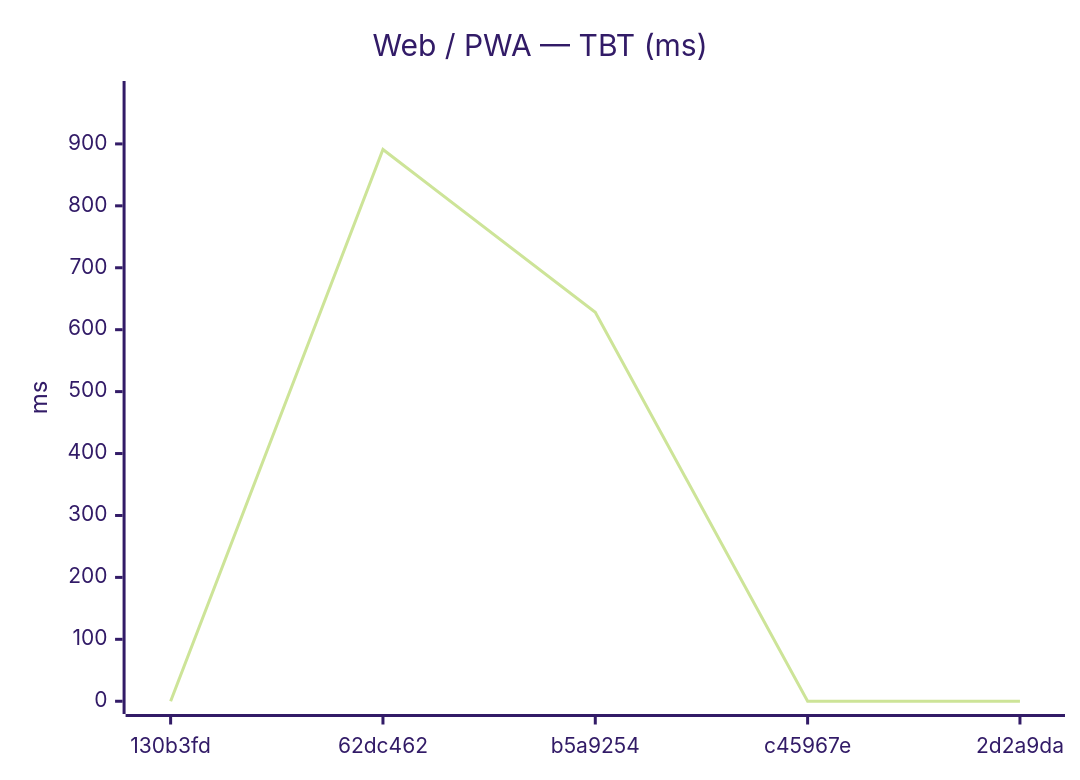
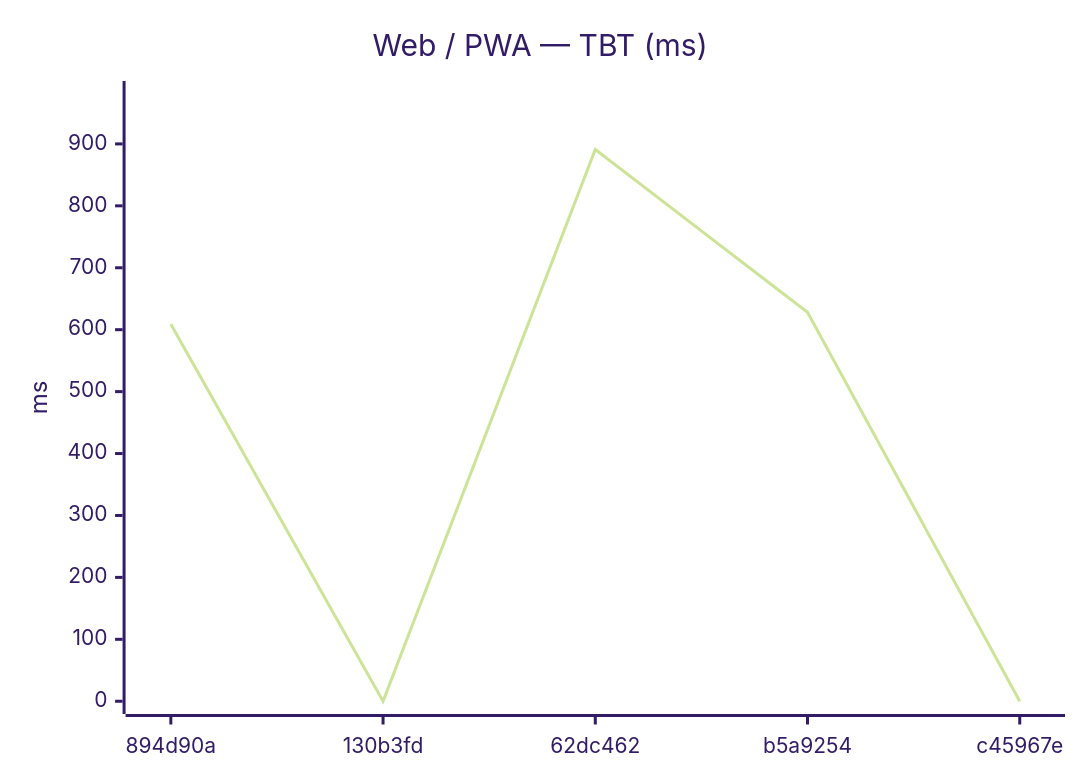
One commit to Metaheurist/Rianell changed the eighth of 18 diagrams in benchmarks/compare.md. Above: the diagram before and after it, drawn with Mermaid (forest theme). The commit also changed other lines of this file and 11 other files, not shown here.

````diff
--- a/benchmarks/compare.md
+++ b/benchmarks/compare.md
@@ -124,7 +124,7 @@
 ```mermaid
 xychart-beta
     title "Web / PWA — TBT (ms)"
-    x-axis ["130b3fd", "62dc462", "b5a9254", "c45967e", "2d2a9da"]
+    x-axis ["894d90a", "130b3fd", "62dc462", "b5a9254", "c45967e"]
     y-axis "ms" 0 --> 981
-    line [0, 891, 628, 0, 0]
+    line [609, 0, 891, 628, 0]
 ```
````
